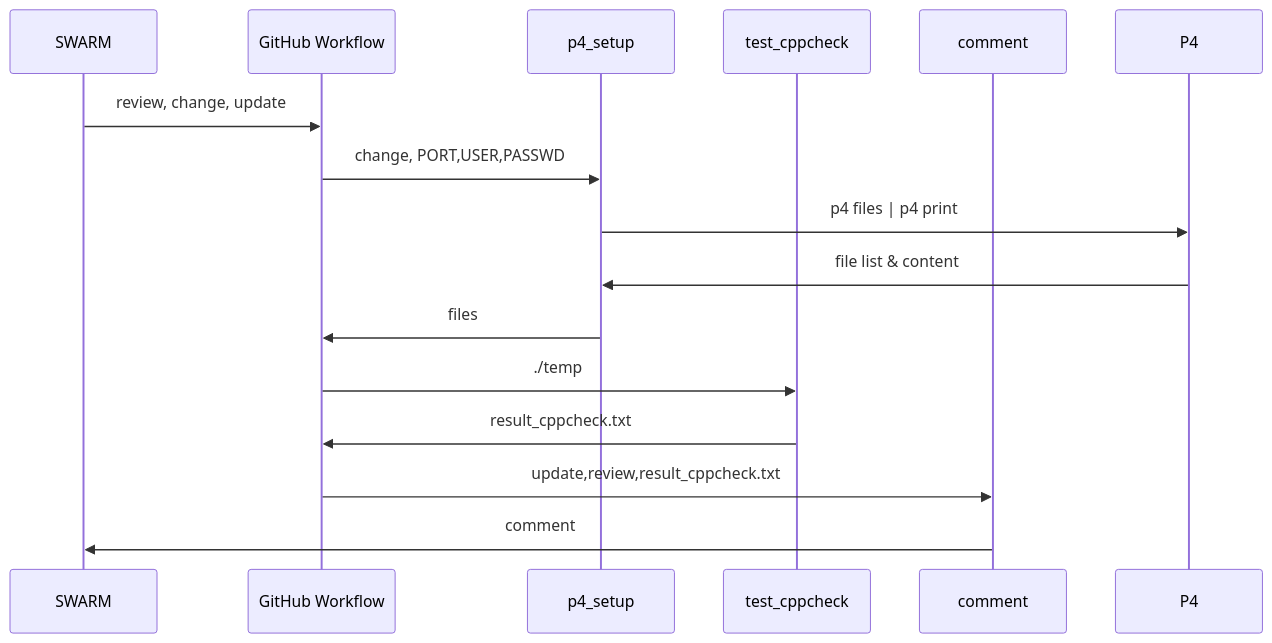
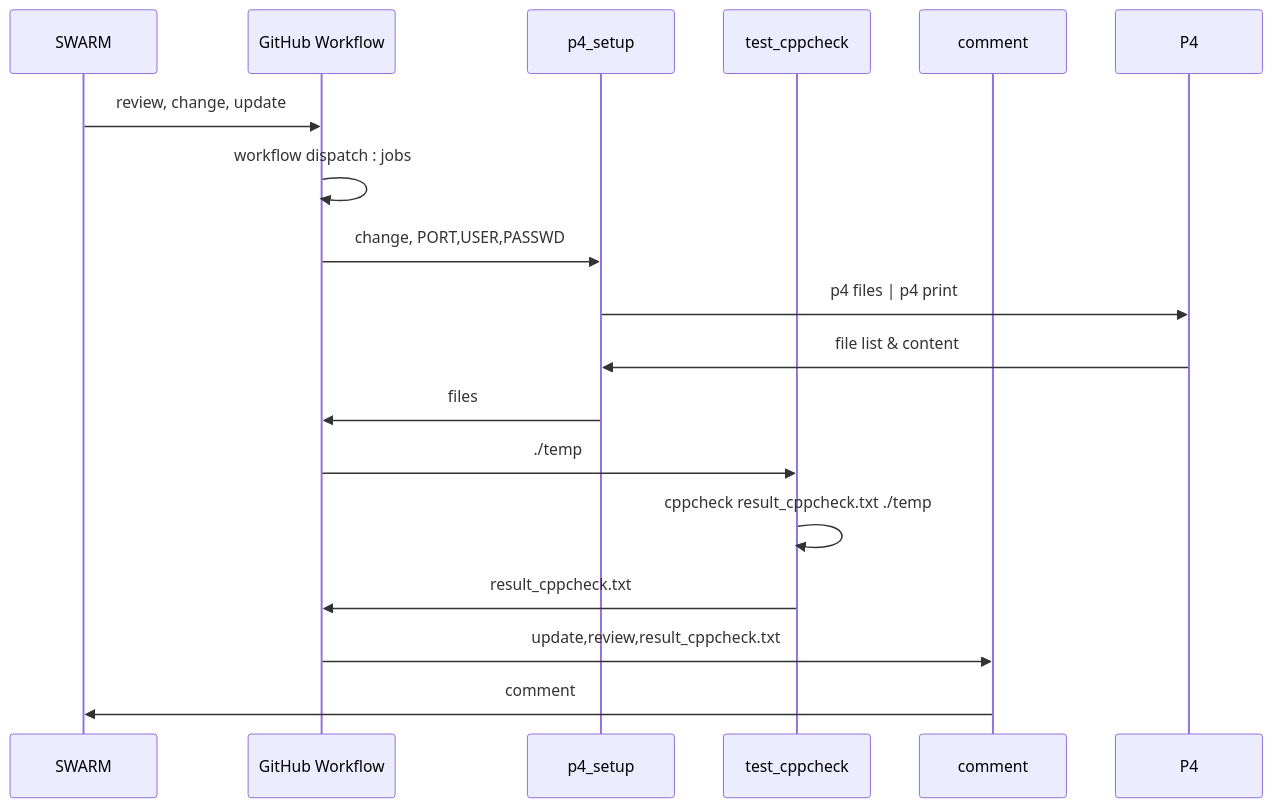
One commit to smjune/smjune.github.io changed the diagram in readme.md. Above: the diagram before and after it, drawn with Mermaid.

````diff
--- a/readme.md
+++ b/readme.md
@@ -1,18 +1,20 @@
 ```mermaid
 sequenceDiagram
     participant SWARM 
     participant GitHub Workflow
     participant p4_setup
     participant test_cppcheck
     participant comment
     participant P4
     SWARM->>GitHub Workflow: review, change, update
+    GitHub Workflow->>GitHub Workflow:workflow dispatch : jobs
     GitHub Workflow->>p4_setup: change, PORT,USER,PASSWD
     p4_setup->>P4: p4 files | p4 print
     P4->>p4_setup: file list & content
     p4_setup->>GitHub Workflow: files
     GitHub Workflow->>test_cppcheck:./temp
+    test_cppcheck->>test_cppcheck: cppcheck result_cppcheck.txt ./temp 
     test_cppcheck->>GitHub Workflow: result_cppcheck.txt
     GitHub Workflow->>comment:update,review,result_cppcheck.txt
     comment->>SWARM: comment
 ```
````
